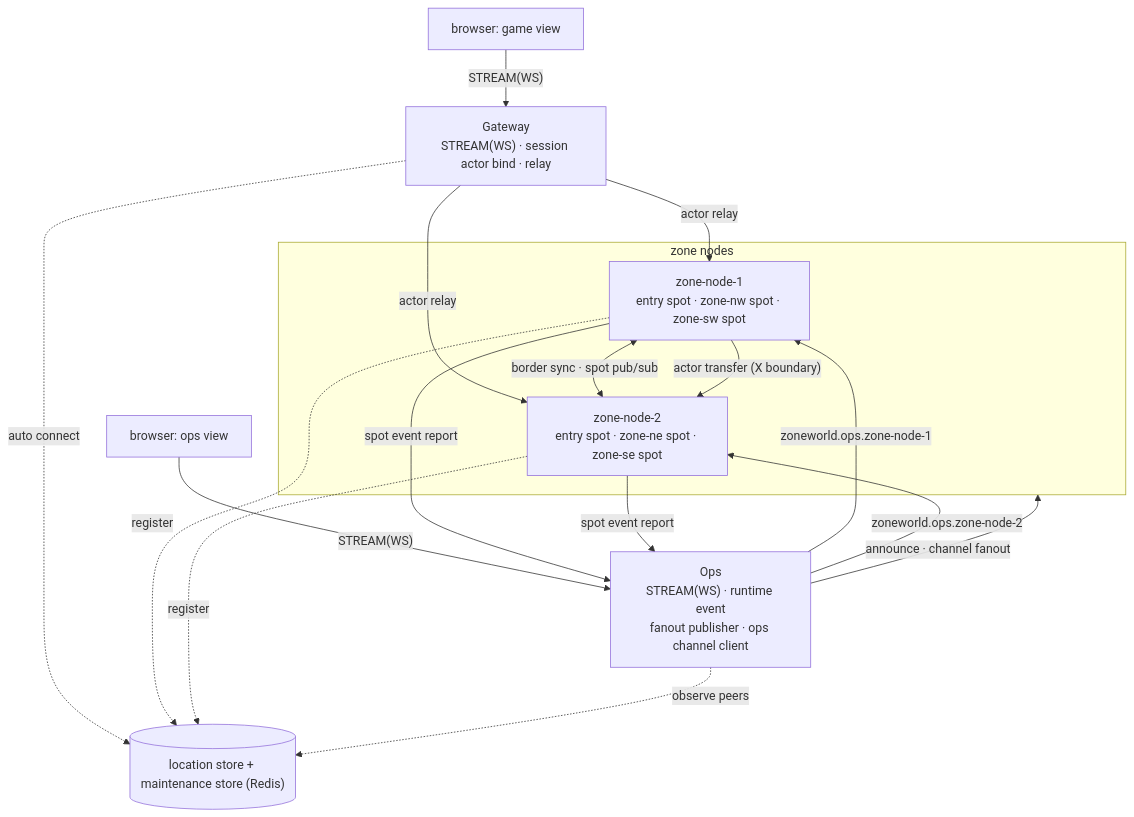
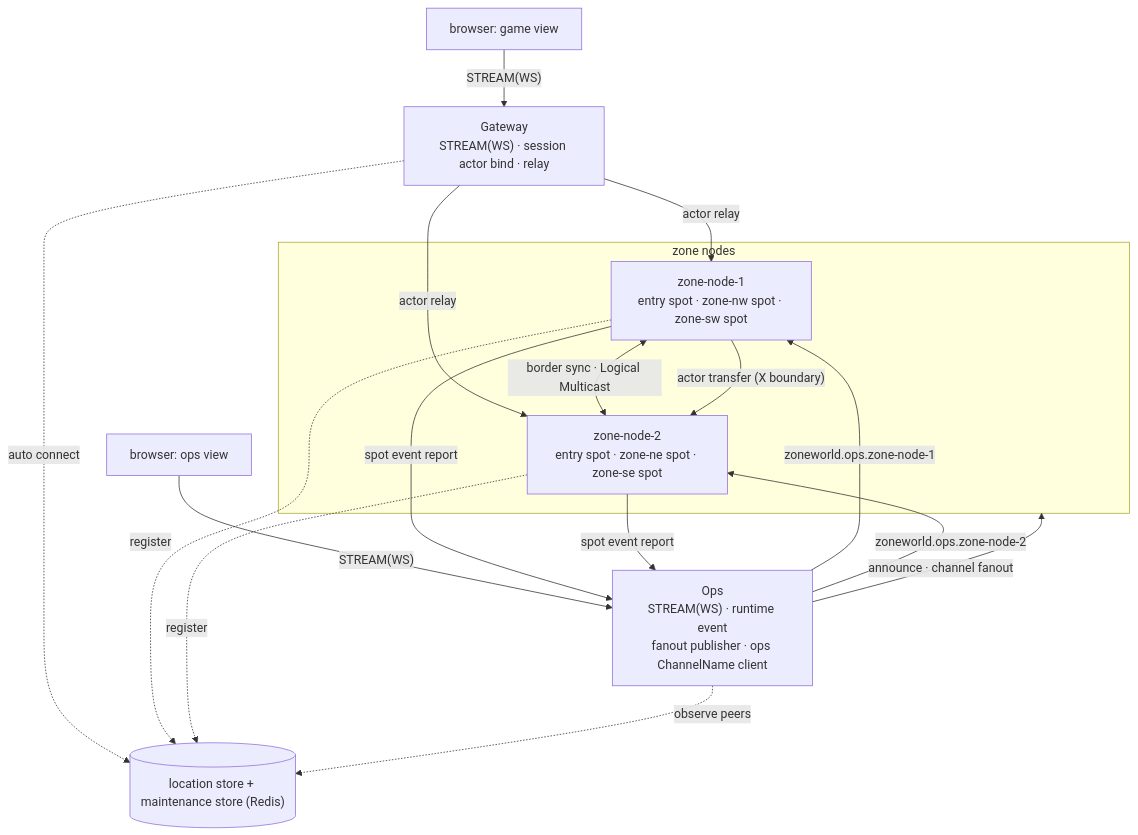
Before and after one commit to kairos-code-dev/zlink: the first of 3 diagrams in framework/doc/framework/common/sample/zoneworld/README.ko.md, drawn with Mermaid. The commit also changed other lines of this file and 293 other files, not shown here.

````diff
--- a/framework/doc/framework/common/sample/zoneworld/README.ko.md
+++ b/framework/doc/framework/common/sample/zoneworld/README.ko.md
@@ -315,28 +288,28 @@
 ```mermaid
 graph TD
     B1["browser: game view"]
     B2["browser: ops view"]
     GW["Gateway<br/>STREAM(WS) · session actor bind · relay"]
-    OPS["Ops<br/>STREAM(WS) · runtime event<br/>fanout publisher · ops channel client"]
+    OPS["Ops<br/>STREAM(WS) · runtime event<br/>fanout publisher · ops ChannelName client"]
     subgraph ZN["zone nodes"]
       Z1["zone-node-1<br/>entry spot · zone-nw spot · zone-sw spot"]
       Z2["zone-node-2<br/>entry spot · zone-ne spot · zone-se spot"]
     end
     LS[("location store + maintenance store (Redis)")]
 
     B1 -->|"STREAM(WS)"| GW
     B2 -->|"STREAM(WS)"| OPS
     GW -->|"actor relay"| Z1
     GW -->|"actor relay"| Z2
-    Z1 <-->|"border sync · spot pub/sub"| Z2
+    Z1 <-->|"border sync · Logical Multicast"| Z2
     Z1 -->|"actor transfer (X boundary)"| Z2
     OPS -->|"announce · channel fanout"| ZN
     OPS -->|"zoneworld.ops.zone-node-1"| Z1
     OPS -->|"zoneworld.ops.zone-node-2"| Z2
     Z1 -->|"spot event report"| OPS
     Z2 -->|"spot event report"| OPS
     GW -. auto connect .-> LS
     Z1 -. register .-> LS
     Z2 -. register .-> LS
     OPS -. observe peers .-> LS
 ```
````
